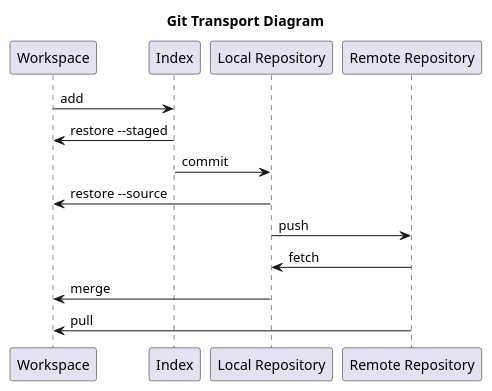
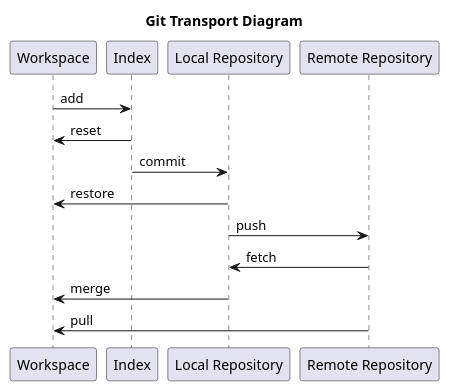
The diagram in assets/git_transport_diagram.puml (braboj/tutorial-git), drawn with PlantUML before and after one commit.

Commit message:
Update of the git transport diagram

```diff
--- a/assets/git_transport_diagram.puml
+++ b/assets/git_transport_diagram.puml
@@ -1,18 +1,18 @@
 @startuml
 title "Git Transport Diagram"
 
 participant Workspace
 participant Index
 participant "Local Repository" as Local
 participant "Remote Repository" as Remote
 
 Workspace -> Index  : add
-Index -> Workspace  : restore --staged
+Index -> Workspace  : reset
 Index -> Local      : commit
-Local -> Workspace  : restore --source
+Local -> Workspace  : restore
 Local -> Remote     : push
 Remote -> Local     : fetch
 Local -> Workspace  : merge
 Remote -> Workspace : pull
 
 @enduml
```
